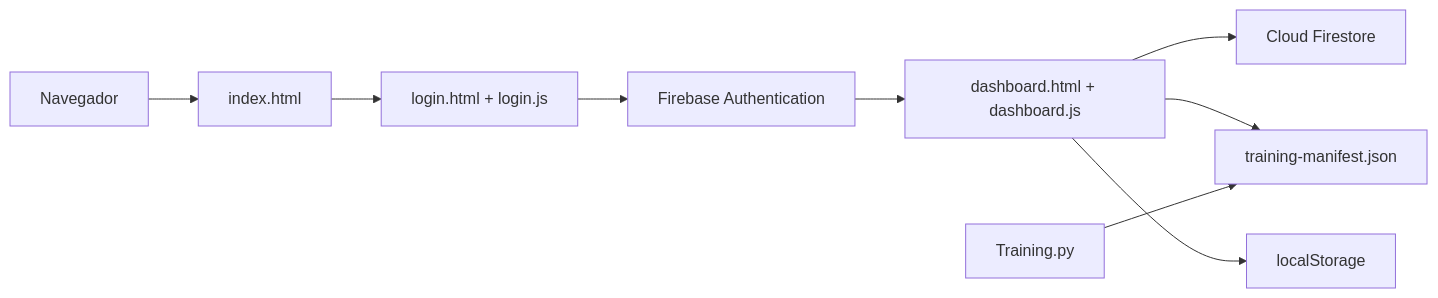
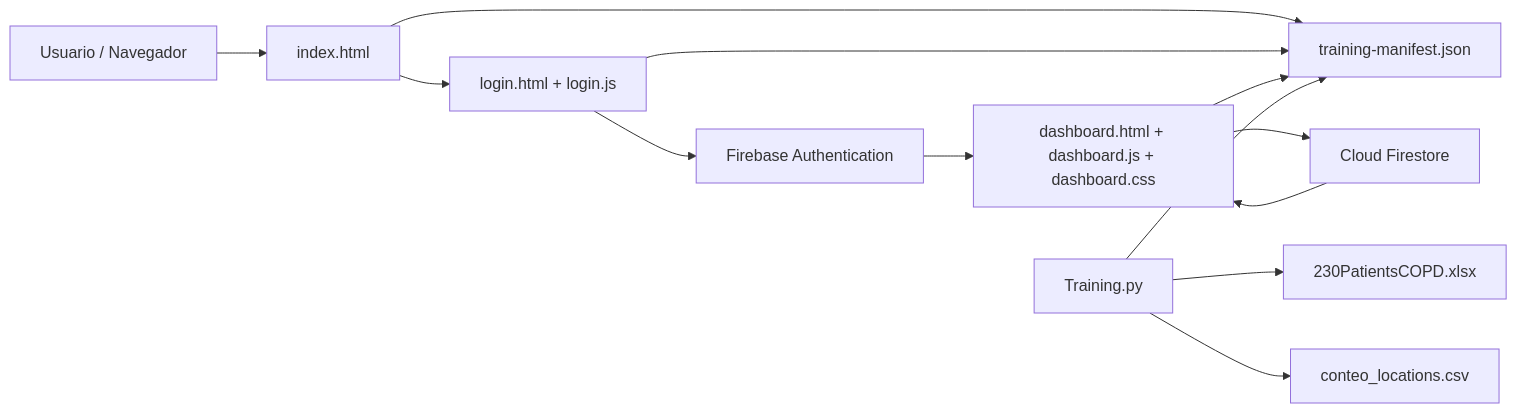
The second of 3 diagrams in detalles.md (DavidEBM/TestTesis), drawn with Mermaid before and after one commit. The commit also changed other lines of this file and 2 other files, not shown here.

````diff
--- a/detalles.md
+++ b/detalles.md
@@ -446,11 +556,26 @@
 ```mermaid
 flowchart LR
-    U["Navegador"] --> I["index.html"]
-    I --> L["login.html + login.js"]
-    L --> A["Firebase Authentication"]
-    A --> D["dashboard.html + dashboard.js"]
-    D --> F["Cloud Firestore"]
-    D --> M["training-manifest.json"]
-    D --> LS["localStorage"]
-    T["Training.py"] --> M
+    U[Usuario / Navegador]
+    I[index.html]
+    M0[training-manifest.json]
+    L[login.html + login.js]
+    D[dashboard.html + dashboard.js + dashboard.css]
+    F[Firebase Authentication]
+    FS[Cloud Firestore]
+    T1[Training.py]
+    T2[230PatientsCOPD.xlsx]
+    T3[conteo_locations.csv]
+
+    U --> I
+    I --> M0
+    I --> L
+    L --> F
+    L --> M0
+    F --> D
+    D --> FS
+    D --> M0
+    FS --> D
+    T1 --> T2
+    T1 --> T3
+    T1 --> M0
 ```
````
